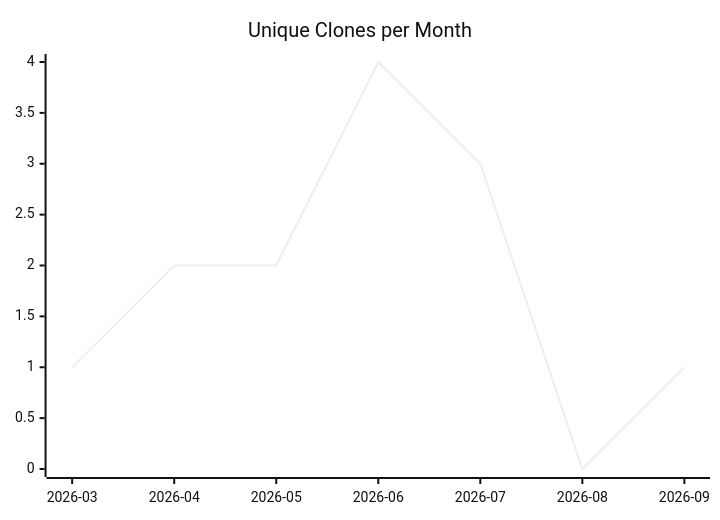
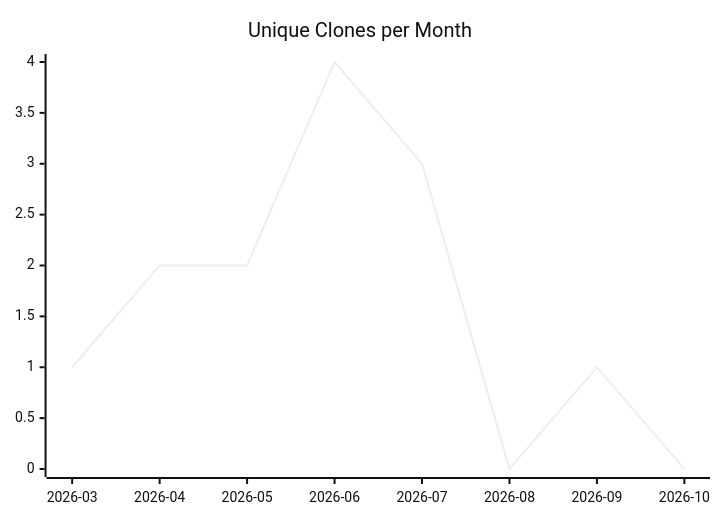
One commit to justdavis-family/github-analytics-data changed the third of 3 diagrams in karlmdavis/ansible-role-ldap/README.md. Above: the diagram before and after it, drawn with Mermaid (neutral theme). The commit also changed other lines of this file and 202 other files, not shown here.

````diff
--- a/karlmdavis/ansible-role-ldap/README.md
+++ b/karlmdavis/ansible-role-ldap/README.md
@@ -19,6 +19,6 @@
 ```mermaid
 xychart-beta
   title "Unique Clones per Month"
-  x-axis ["2026-03", "2026-04", "2026-05", "2026-06", "2026-07", "2026-08", "2026-09"]
-  line [1, 2, 2, 4, 3, 0, 1]
+  x-axis ["2026-03", "2026-04", "2026-05", "2026-06", "2026-07", "2026-08", "2026-09", "2026-10"]
+  line [1, 2, 2, 4, 3, 0, 1, 0]
 ```
````
